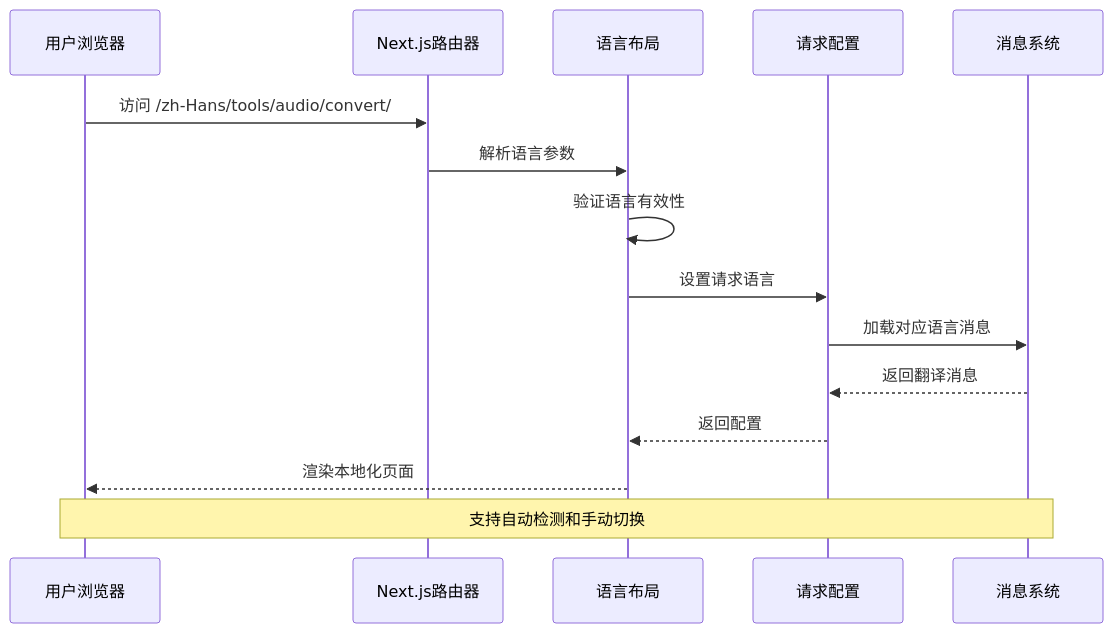
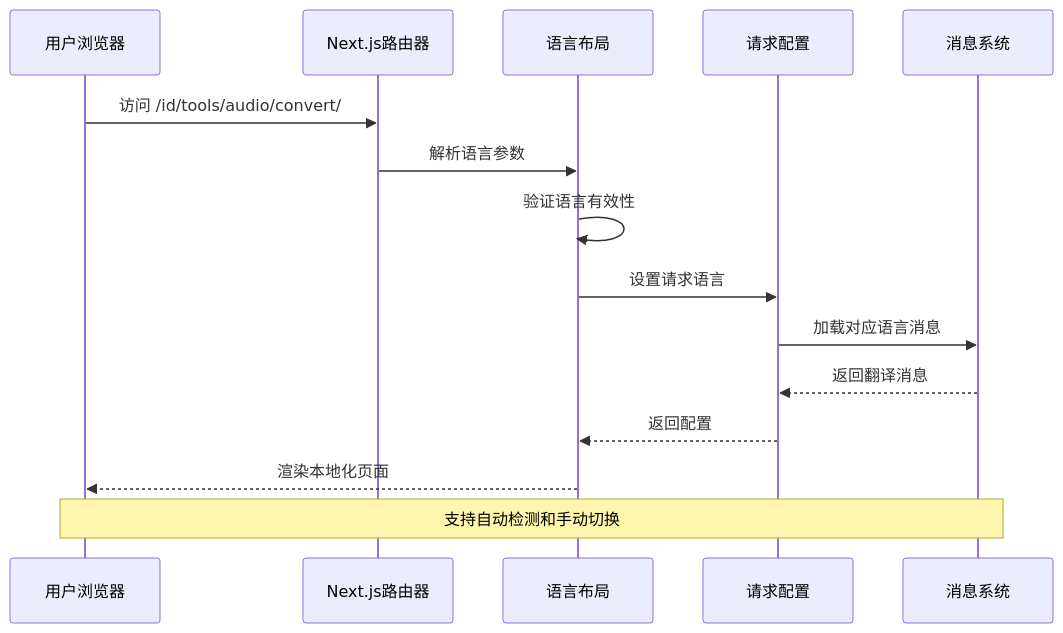
Before and after one commit to sgyy/privadeck: the second of 8 diagrams in .qoder/repowiki/zh/content/国际化实现/路由国际化.md, drawn with Mermaid. The commit also changed other lines of this file and 5 other files, not shown here.

````diff
--- a/.qoder/repowiki/zh/content/国际化实现/路由国际化.md
+++ b/.qoder/repowiki/zh/content/国际化实现/路由国际化.md
@@ -117,17 +127,17 @@
 ```mermaid
 sequenceDiagram
 participant User as 用户浏览器
 participant Router as Next.js路由器
 participant Layout as 语言布局
 participant Config as 请求配置
 participant Messages as 消息系统
-User->>Router : 访问 /zh-Hans/tools/audio/convert/
+User->>Router : 访问 /id/tools/audio/convert/
 Router->>Layout : 解析语言参数
 Layout->>Layout : 验证语言有效性
 Layout->>Config : 设置请求语言
 Config->>Messages : 加载对应语言消息
 Messages-->>Config : 返回翻译消息
 Config-->>Layout : 返回配置
 Layout-->>User : 渲染本地化页面
 Note over User,Messages : 支持自动检测和手动切换
 ```
````
